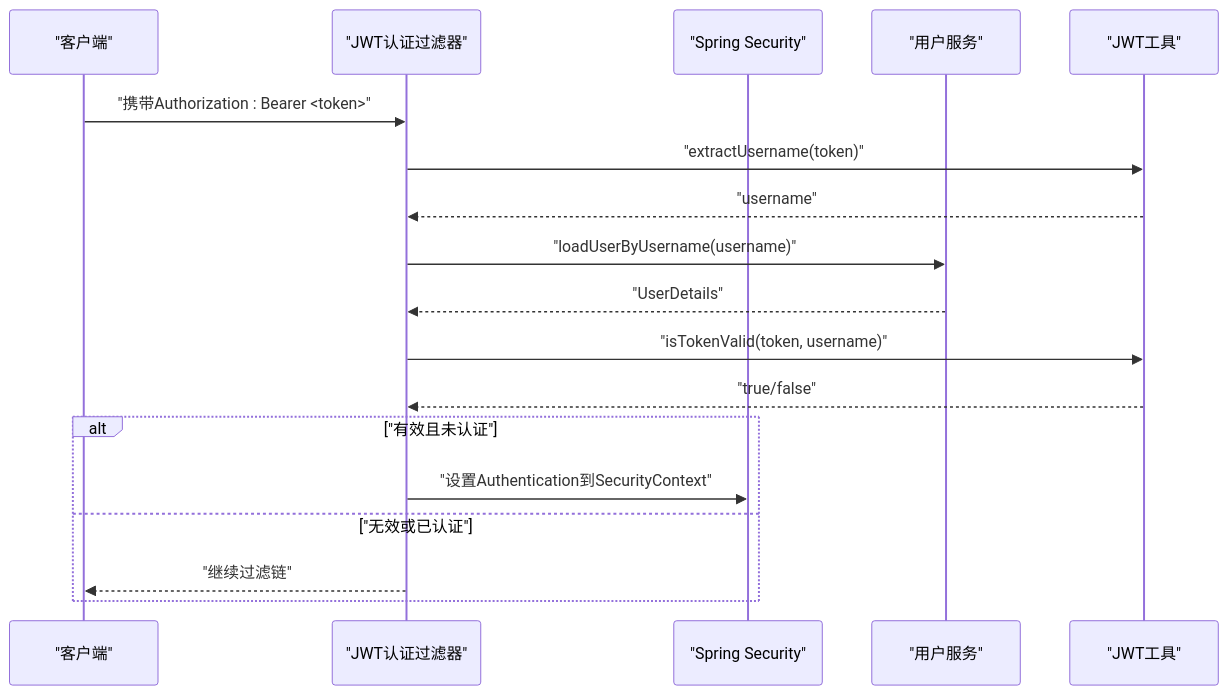
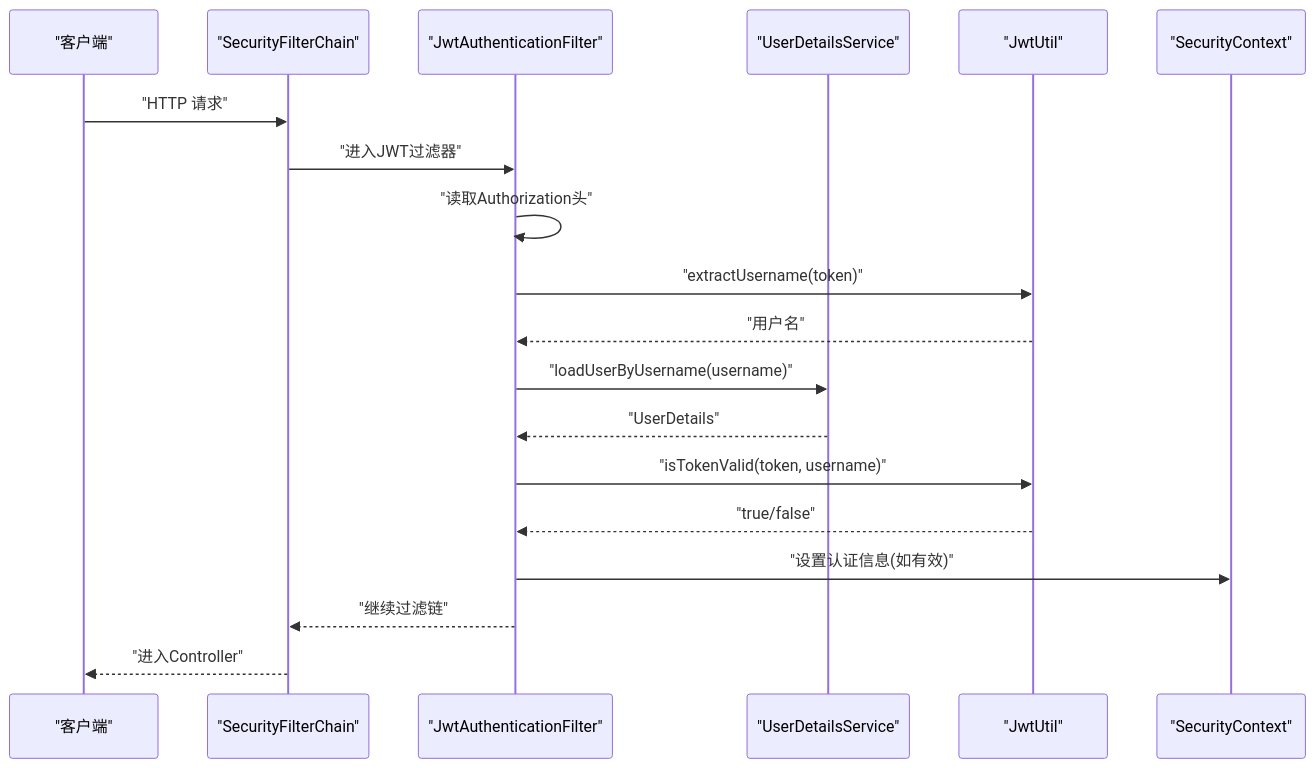
One commit to koala-xiong/communication-qoder changed the fourth of 6 diagrams in .qoder/repowiki/zh/content/后端架构设计/后端架构设计.md. Above: the diagram before and after it, drawn with Mermaid. The commit also changed other lines of this file and 73 other files, not shown here.

````diff
--- a/.qoder/repowiki/zh/content/后端架构设计/后端架构设计.md
+++ b/.qoder/repowiki/zh/content/后端架构设计/后端架构设计.md
@@ -156,20 +243,21 @@
 ```mermaid
 sequenceDiagram
-participant C as "客户端"
-participant F as "JWT认证过滤器"
-participant S as "Spring Security"
-participant U as "用户服务"
-participant J as "JWT工具"
-C->>F : "携带Authorization : Bearer <token>"
-F->>J : "extractUsername(token)"
-J-->>F : "username"
-F->>U : "loadUserByUsername(username)"
-U-->>F : "UserDetails"
-F->>J : "isTokenValid(token, username)"
-J-->>F : "true/false"
-alt "有效且未认证"
-F->>S : "设置Authentication到SecurityContext"
-else "无效或已认证"
-F-->>C : "继续过滤链"
-end
+participant Client as "客户端"
+participant Sec as "SecurityFilterChain"
+participant JWT as "JwtAuthenticationFilter"
+participant UDS as "UserDetailsService"
+participant JU as "JwtUtil"
+participant Ctx as "SecurityContext"
+Client->>Sec : "HTTP 请求"
+Sec->>JWT : "进入JWT过滤器"
+JWT->>JWT : "读取Authorization头"
+JWT->>JU : "extractUsername(token)"
+JU-->>JWT : "用户名"
+JWT->>UDS : "loadUserByUsername(username)"
+UDS-->>JWT : "UserDetails"
+JWT->>JU : "isTokenValid(token, username)"
+JU-->>JWT : "true/false"
+JWT->>Ctx : "设置认证信息(如有效)"
+JWT-->>Sec : "继续过滤链"
+Sec-->>Client : "进入Controller"
 ```
````
